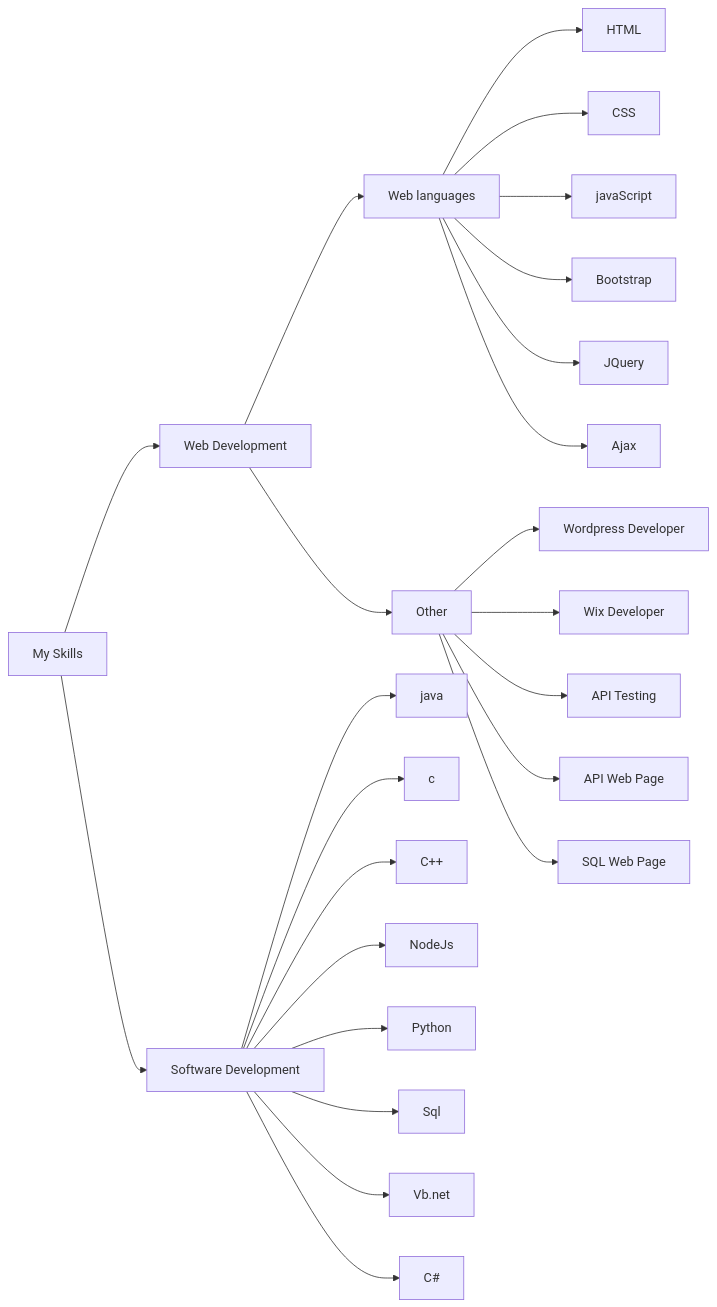
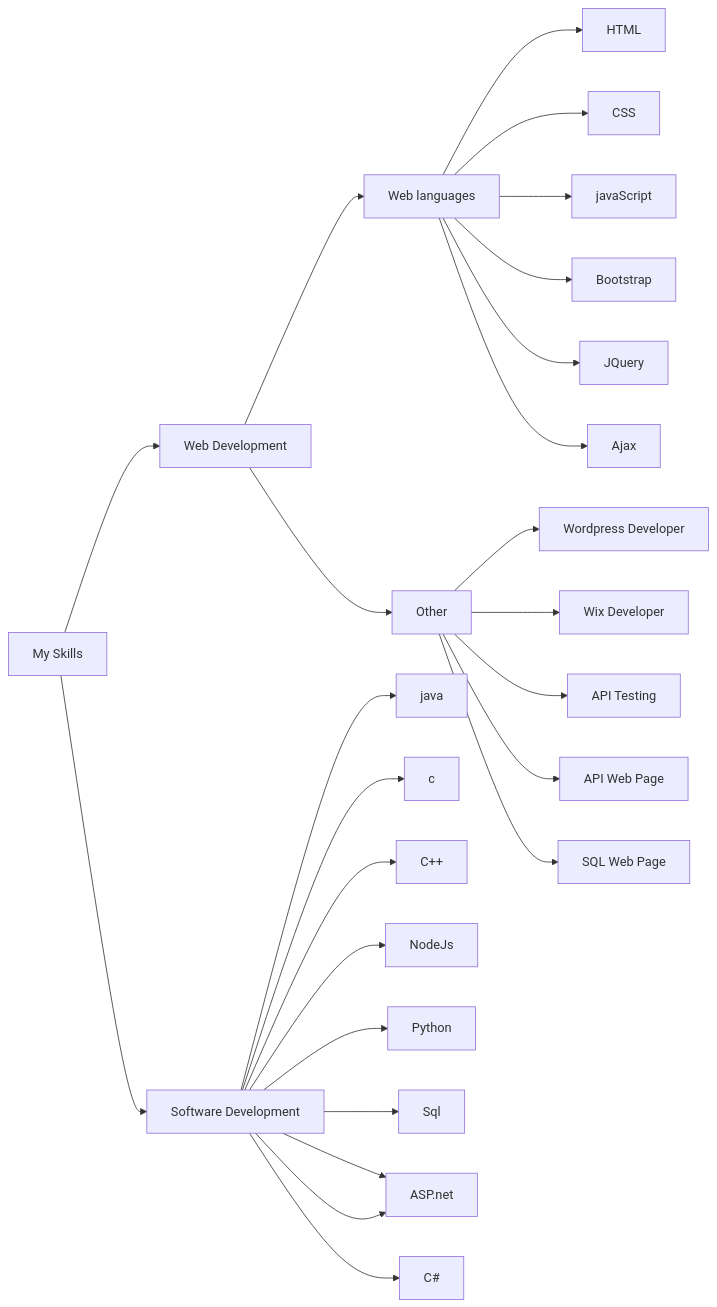
The diagram in README.md (shabista-imam/shabista-imam), drawn with Mermaid before and after one commit.

````diff
--- a/README.md
+++ b/README.md
@@ -5,27 +5,28 @@
 ```mermaid
 graph LR;
     A[My Skills] --> B[Web Development];
     A --> C[Software Development];
     B --> D[Web languages];
     B --> E[Other];
     D --> F[HTML];
     D --> g[CSS];
     D --> h[javaScript];
     D --> i[Bootstrap];
     D --> j[JQuery];
     D --> k[Ajax];
     E --> a[Wordpress Developer];
     E --> b[Wix Developer];
     E --> c[API Testing];
     E --> d[API Web Page];
     E --> e[SQL Web Page];
     C --> l[java];
     C --> m[c];
     C --> n[C++];
     C --> o[NodeJs];
     C --> p[Python];
     C --> q[Sql];
     C --> r[Vb.net];
+    C --> r[ASP.net];
     C --> s[C#];
 
 ```
````
